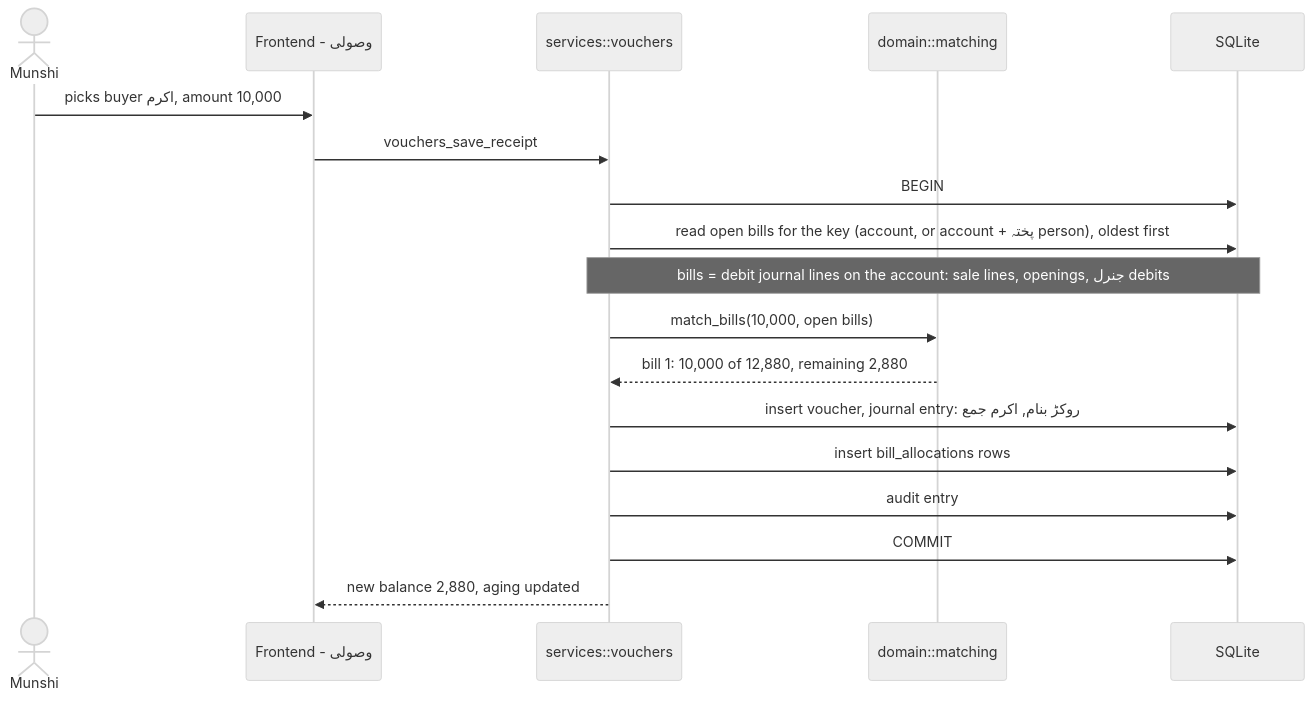
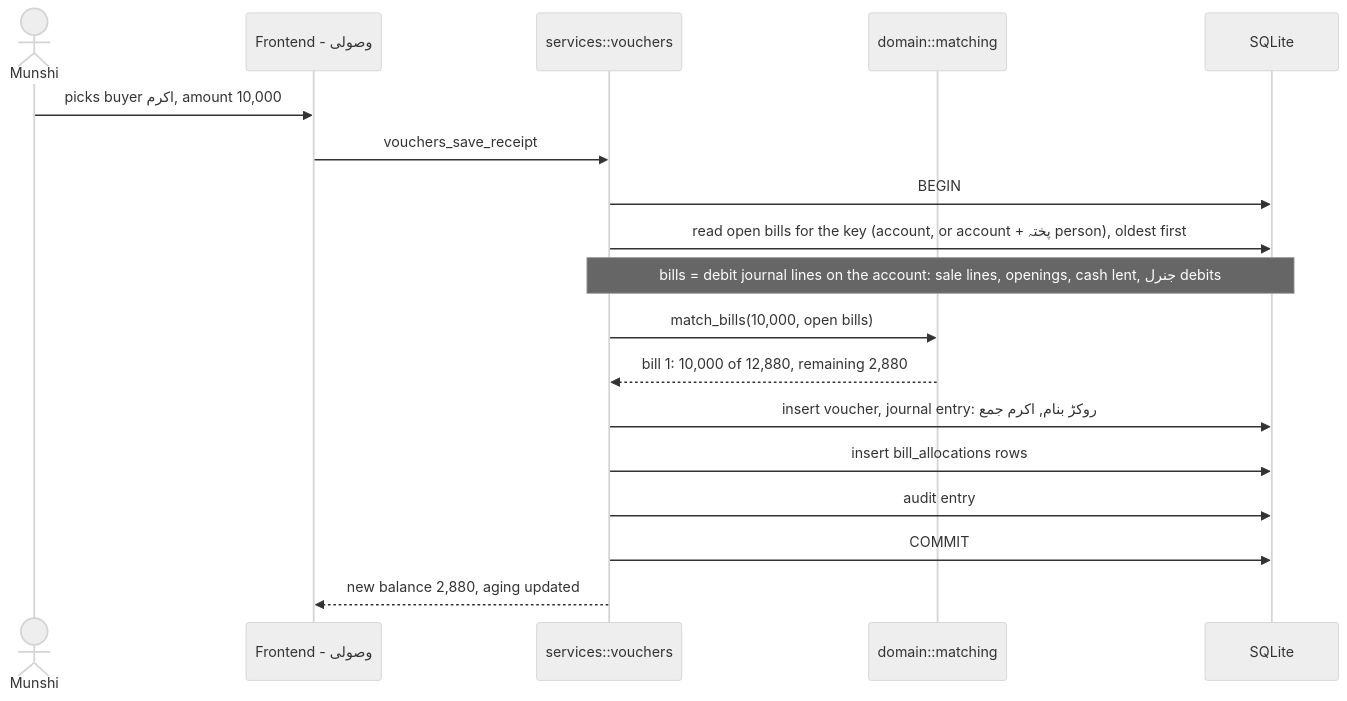
Diagram 12 of 26 in .claude/rules/Architecture_v1.md (FaisalHanif12/Fruits-Mandi-Software), drawn with Mermaid (neutral theme) before and after one commit. The commit also changed other lines of this file and 1119 other files, not shown here.

````diff
--- a/.claude/rules/Architecture_v1.md
+++ b/.claude/rules/Architecture_v1.md
@@ -438,21 +445,21 @@
 ```mermaid
 sequenceDiagram
     actor U as Munshi
     participant FE as Frontend - وصولی
     participant SVC as services::vouchers
     participant DOM as domain::matching
     participant DB as SQLite
 
     U->>FE: picks buyer اکرم, amount 10,000
     FE->>SVC: vouchers_save_receipt
     SVC->>DB: BEGIN
     SVC->>DB: read open bills for the key (account, or account + پختہ person), oldest first
-    Note over SVC,DB: bills = debit journal lines on the account: sale lines, openings, جنرل debits
+    Note over SVC,DB: bills = debit journal lines on the account: sale lines, openings, cash lent, جنرل debits
     SVC->>DOM: match_bills(10,000, open bills)
     DOM-->>SVC: bill 1: 10,000 of 12,880, remaining 2,880
     SVC->>DB: insert voucher, journal entry: روکڑ بنام, اکرم جمع
     SVC->>DB: insert bill_allocations rows
     SVC->>DB: audit entry
     SVC->>DB: COMMIT
     SVC-->>FE: new balance 2,880, aging updated
 ```
````
